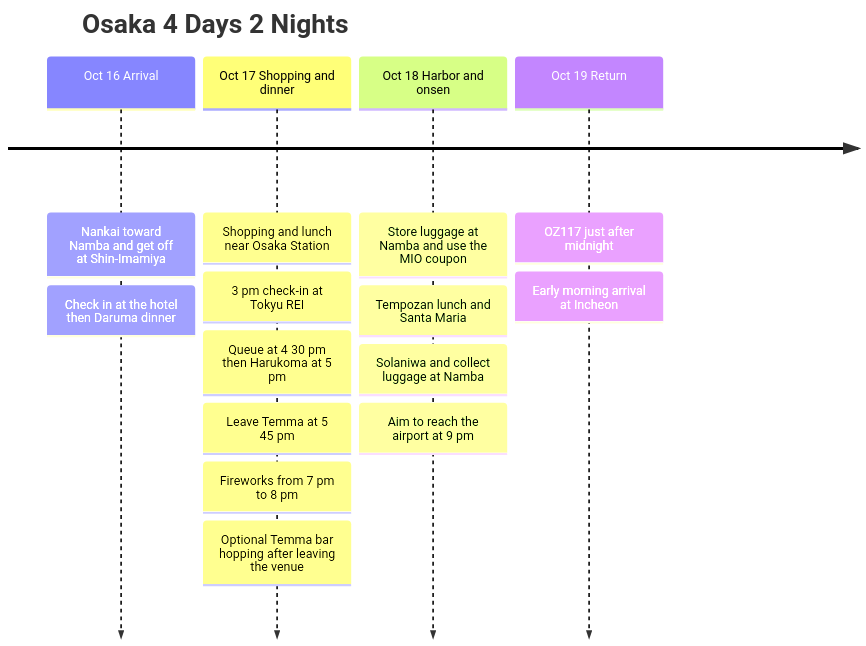
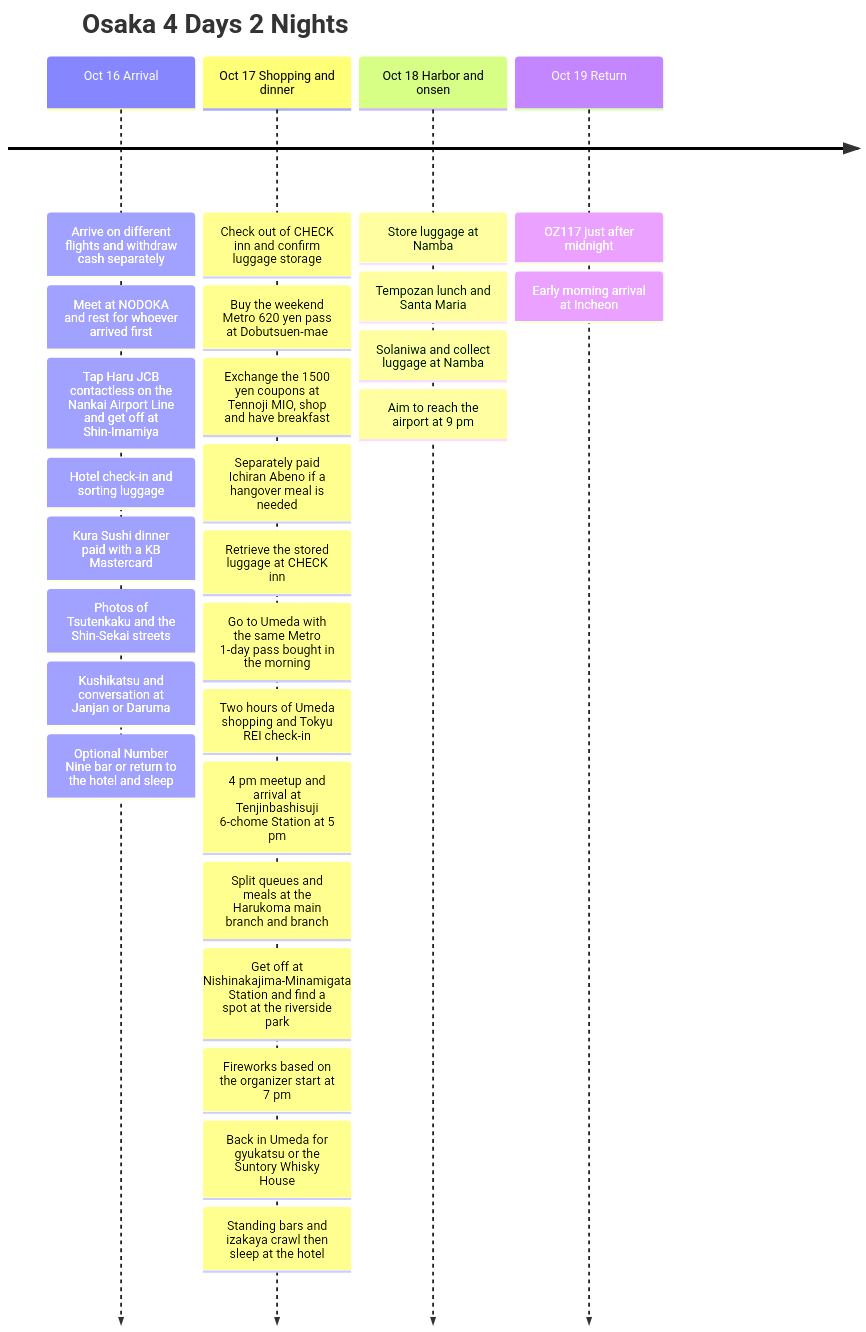
One commit to gongdongho12/commit-map changed the diagram in src/content/postTranslations/2026-10-16-osaka-yodogawa-fireworks-en.md. Above: the diagram before and after it, drawn with Mermaid. The commit also changed other lines of this file and 3 other files, not shown here.

````diff
--- a/src/content/postTranslations/2026-10-16-osaka-yodogawa-fireworks-en.md
+++ b/src/content/postTranslations/2026-10-16-osaka-yodogawa-fireworks-en.md
@@ -90,18 +115,31 @@
 ```mermaid
 timeline
   title Osaka 4 Days 2 Nights
-  Oct 16 Arrival : Nankai toward Namba and get off at Shin-Imamiya
-              : Check in at the hotel then Daruma dinner
-  Oct 17 Shopping and dinner : Shopping and lunch near Osaka Station
-                      : 3 pm check-in at Tokyu REI
-                      : Queue at 4 30 pm then Harukoma at 5 pm
-                      : Leave Temma at 5 45 pm
-                      : Fireworks from 7 pm to 8 pm
-                      : Optional Temma bar hopping after leaving the venue
-  Oct 18 Harbor and onsen : Store luggage at Namba and use the MIO coupon
+  Oct 16 Arrival : Arrive on different flights and withdraw cash separately
+              : Meet at NODOKA and rest for whoever arrived first
+              : Tap Haru JCB contactless on the Nankai Airport Line and get off at Shin-Imamiya
+              : Hotel check-in and sorting luggage
+              : Kura Sushi dinner paid with a KB Mastercard
+              : Photos of Tsutenkaku and the Shin-Sekai streets
+              : Kushikatsu and conversation at Janjan or Daruma
+              : Optional Number Nine bar or return to the hotel and sleep
+  Oct 17 Shopping and dinner : Check out of CHECK inn and confirm luggage storage
+                      : Buy the weekend Metro 620 yen pass at Dobutsuen-mae
+                      : Exchange the 1500 yen coupons at Tennoji MIO, shop and have breakfast
+                      : Separately paid Ichiran Abeno if a hangover meal is needed
+                      : Retrieve the stored luggage at CHECK inn
+                      : Go to Umeda with the same Metro 1-day pass bought in the morning
+                      : Two hours of Umeda shopping and Tokyu REI check-in
+                      : 4 pm meetup and arrival at Tenjinbashisuji 6-chome Station at 5 pm
+                      : Split queues and meals at the Harukoma main branch and branch
+                      : Get off at Nishinakajima-Minamigata Station and find a spot at the riverside park
+                      : Fireworks based on the organizer start at 7 pm
+                      : Back in Umeda for gyukatsu or the Suntory Whisky House
+                      : Standing bars and izakaya crawl then sleep at the hotel
+  Oct 18 Harbor and onsen : Store luggage at Namba
                     : Tempozan lunch and Santa Maria
                     : Solaniwa and collect luggage at Namba
                     : Aim to reach the airport at 9 pm
   Oct 19 Return : OZ117 just after midnight
               : Early morning arrival at Incheon
 ```
````
